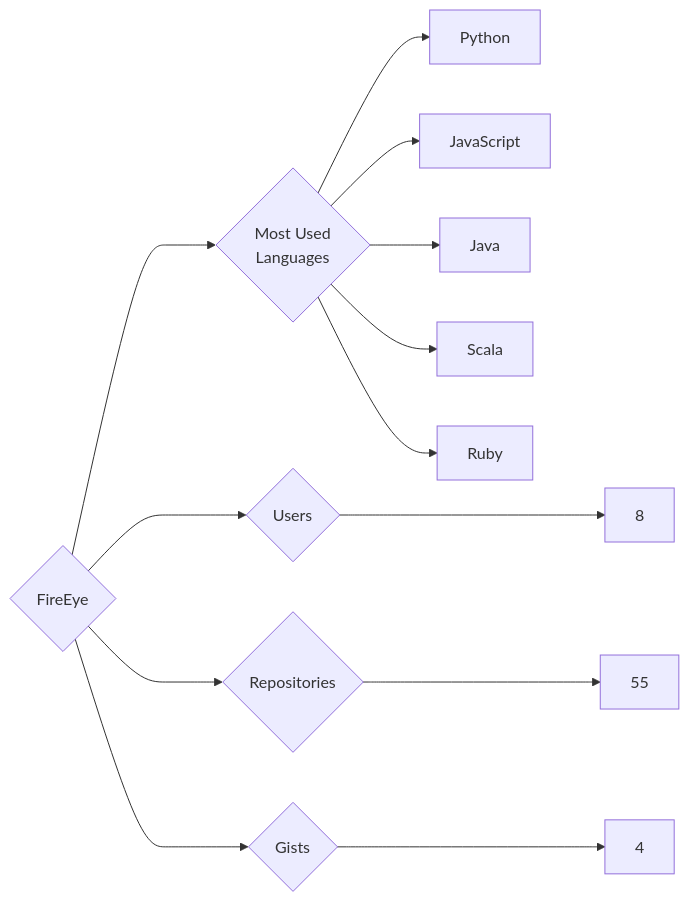
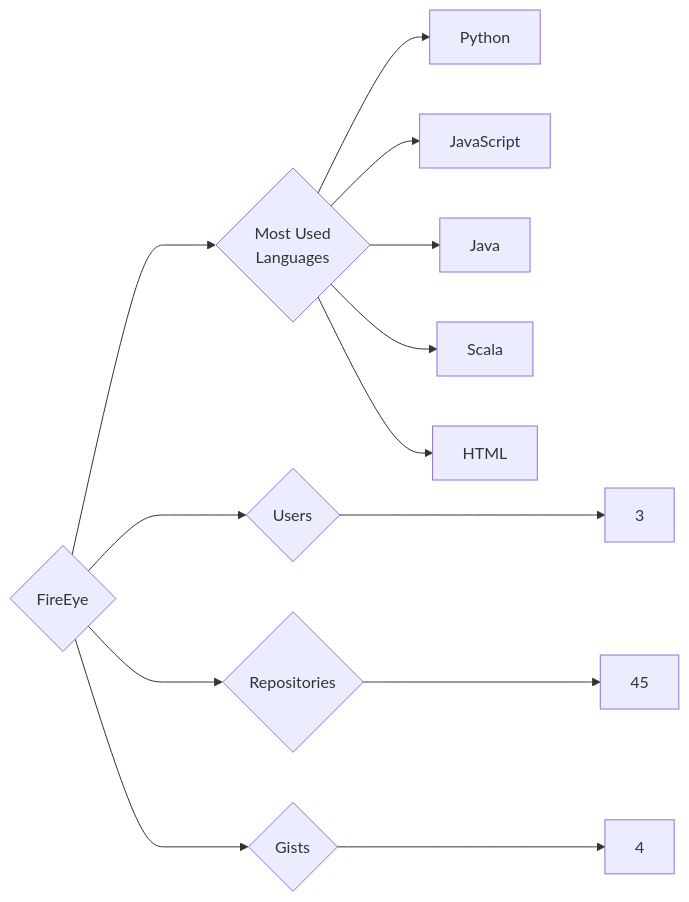
One commit to trickest/insiders changed the diagram in targets/FireEye/README.md. Above: the diagram before and after it, drawn with Mermaid. The commit also changed 618 other files, not shown here.

````diff
--- a/targets/FireEye/README.md
+++ b/targets/FireEye/README.md
@@ -3,13 +3,13 @@
 ```mermaid
 graph LR
 COMPANY_NAME{FireEye}
-COMPANY_NAME ---> U{Users} ---> UN[8]
-COMPANY_NAME ---> R{Repositories} ---> RN[55]
+COMPANY_NAME ---> U{Users} ---> UN[3]
+COMPANY_NAME ---> R{Repositories} ---> RN[45]
 COMPANY_NAME ---> G{Gists} ---> GN[4]
 COMPANY_NAME ---> ML{Most Used<br>Languages}
 ML --> Python[Python]
 ML --> JavaScript[JavaScript]
 ML --> Java[Java]
 ML --> Scala[Scala]
-ML --> Ruby[Ruby]
+ML --> HTML[HTML]
 ```
````
